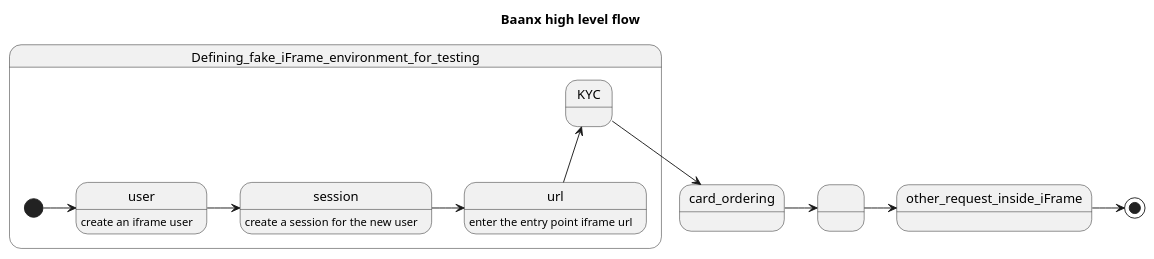
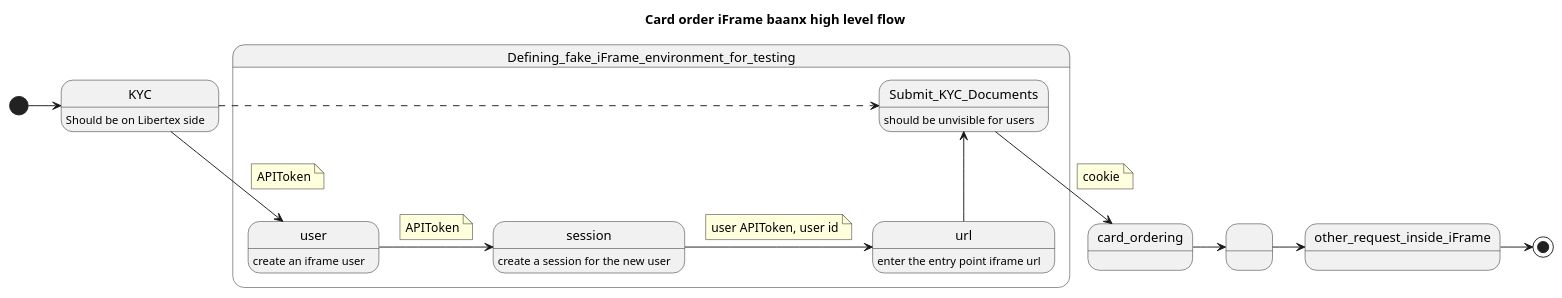
The diagram in UML practice/docs/diagrams/src/baanx.wsd (milovdg/UMLPractice), drawn with PlantUML before and after one commit.

```diff
--- a/UML practice/docs/diagrams/src/baanx.wsd
+++ b/UML practice/docs/diagrams/src/baanx.wsd
@@ -1,27 +1,38 @@
 @startuml libertex-use
 
-title <b>Baanx high level flow</b>
+title <b>Card order iFrame baanx high level flow</b>
+
+[*] -right-> KYC
+KYC: Should be on Libertex side
 
 state Defining_fake_iFrame_environment_for_testing {
 
-[*] -right-> user
+KYC -right-> user
 user: create an iframe user
+note on link : APIToken
 
 user -right-> session
 session: create a session for the new user
+note on link : APIToken
 
 session -right-> url
 url: enter the entry point iframe url
+note on link : user APIToken, user id
 
-url -up-> KYC
+url -up-> Submit_KYC_Documents
 }
 
-KYC -down-> card_ordering
+KYC -right[dashed]-> Submit_KYC_Documents
+Submit_KYC_Documents : should be unvisible for users
+
+Submit_KYC_Documents -down-> card_ordering
+note on link : cookie
+
 card_ordering -right-> ...
 ... -right-> other_request_inside_iFrame
 other_request_inside_iFrame -right-> [*]
 
 
 
 
 @enduml
```
